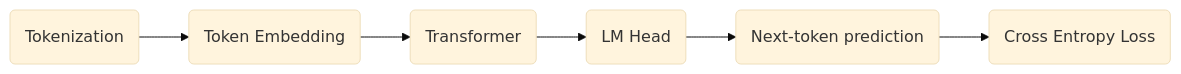
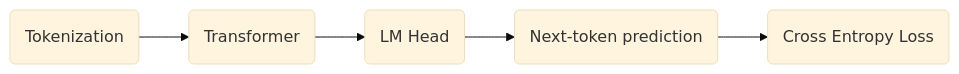
One commit to ChrisZhu2050/chriszhu2050.github.io changed diagram 16 of 17 in index.md. Above: the diagram before and after it, drawn with Mermaid (base theme). The commit also changed other lines of this file and 1 other file, not shown here.

````diff
--- a/index.md
+++ b/index.md
@@ -471,4 +471,4 @@
   ```mermaid
         graph LR
-            A("`Tokenization`") --> B("`Token Embedding`") --> D("`Transformer`")  --> F("`LM Head`")   --> H("`Next-token prediction`") --> I("`Cross Entropy Loss`") 
+            A("`Tokenization`") --> D("`Transformer`")  --> F("`LM Head`")   --> H("`Next-token prediction`") --> I("`Cross Entropy Loss`") 
   ```
````
